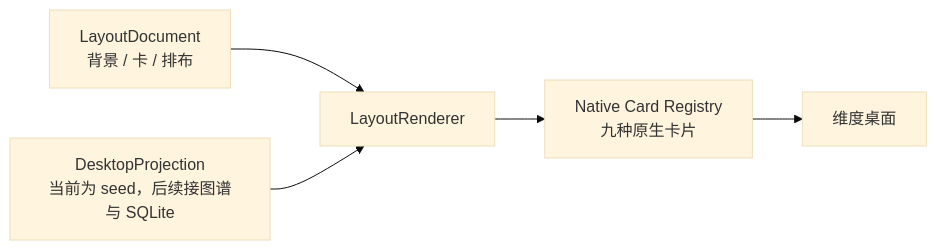
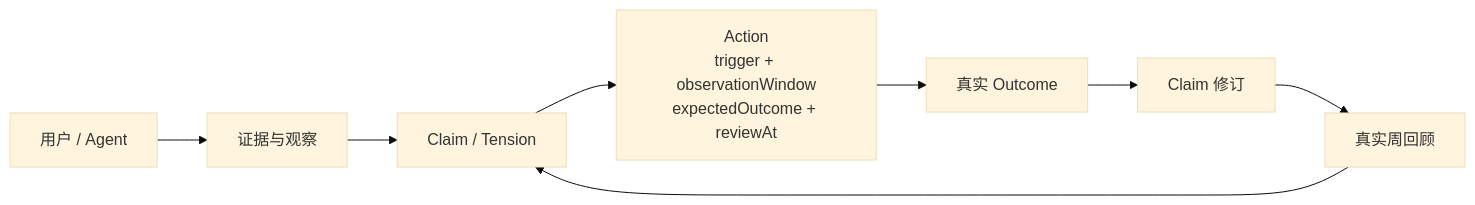
One commit to baizhuo-AI/Latitude changed the first of 2 diagrams in README.md. Above: the diagram before and after it, drawn with Mermaid (base theme). The commit also changed other lines of this file and 239 other files, not shown here.

````diff
--- a/README.md
+++ b/README.md
@@ -88,7 +70,10 @@
 ```mermaid
 flowchart LR
-  L["LayoutDocument<br/>背景 / 卡 / 排布"] --> R["LayoutRenderer"]
-  P["DesktopProjection<br/>当前为 seed，后续接图谱与 SQLite"] --> R
-  R --> N["Native Card Registry<br/>九种原生卡片"]
-  N --> D["维度桌面"]
+  U["用户 / Agent"] --> E["证据与观察"]
+  E --> C["Claim / Tension"]
+  C --> A["Action<br/>trigger + observationWindow<br/>expectedOutcome + reviewAt"]
+  A --> O["真实 Outcome"]
+  O --> R["Claim 修订"]
+  R --> W["真实周回顾"]
+  W --> C
 ```
````
